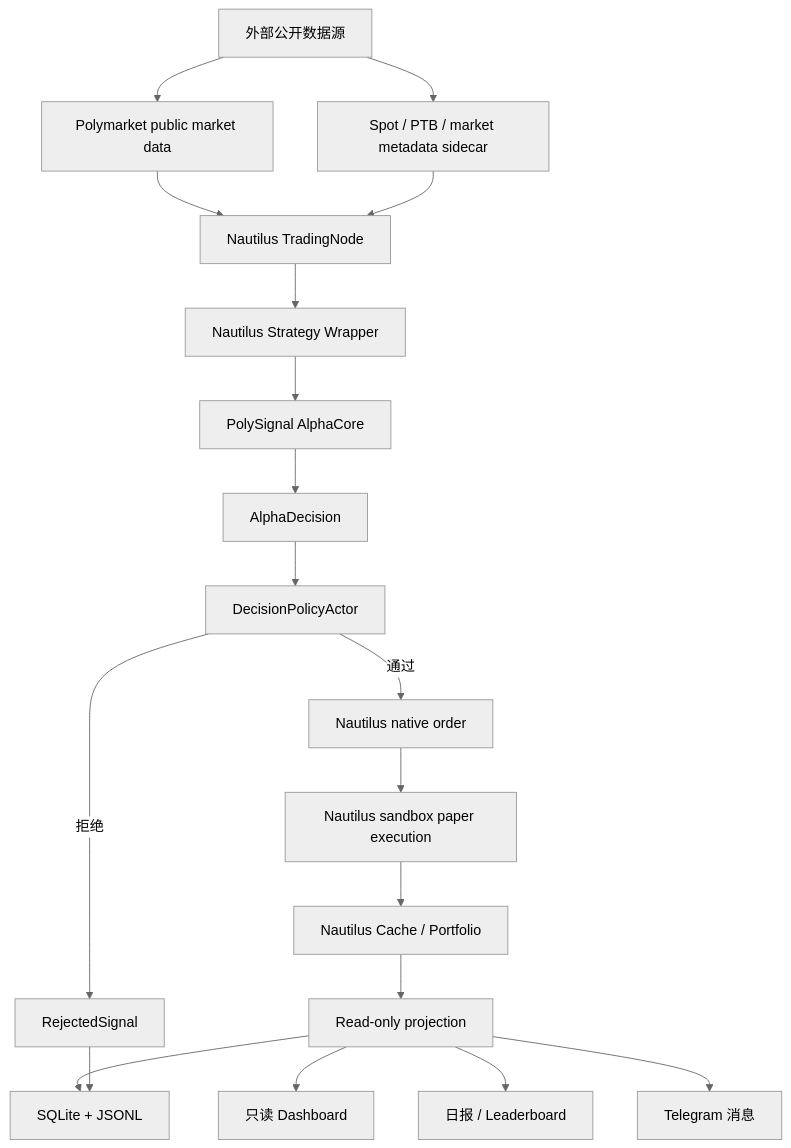
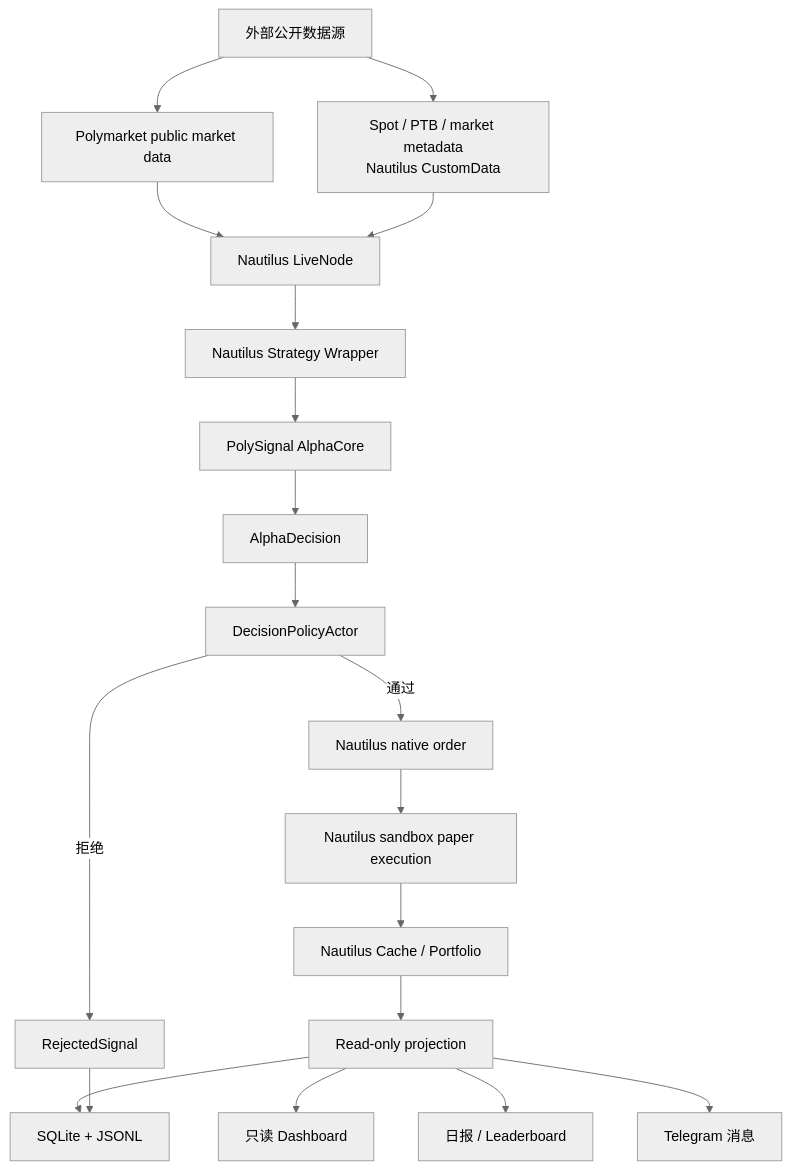
The fourth of 7 diagrams in docs/PROJECT_ARCHITECTURE_VISUAL.md (6Kmfi6HP/polysignal-lab), drawn with Mermaid (neutral theme) before and after one commit. The commit also changed other lines of this file and 5 other files, not shown here.

````diff
--- a/docs/PROJECT_ARCHITECTURE_VISUAL.md
+++ b/docs/PROJECT_ARCHITECTURE_VISUAL.md
@@ -100,26 +100,26 @@
 ```mermaid
 flowchart TD
   External["外部公开数据源"] --> PM["Polymarket public market data"]
-  External --> Spot["Spot / PTB / market metadata sidecar"]
+  External --> CustomData["Spot / PTB / market metadata<br/>Nautilus CustomData"]
 
-  PM --> TN["Nautilus TradingNode"]
-  Spot --> TN
+  PM --> TN["Nautilus LiveNode"]
+  CustomData --> TN
 
   TN --> Wrapper["Nautilus Strategy Wrapper"]
   Wrapper --> Core["PolySignal AlphaCore"]
   Core --> Decision["AlphaDecision"]
   Decision --> Policy["DecisionPolicyActor"]
 
   Policy -->|通过| Order["Nautilus native order"]
   Policy -->|拒绝| Rejected["RejectedSignal"]
 
   Order --> Sandbox["Nautilus sandbox paper execution"]
   Sandbox --> Cache["Nautilus Cache / Portfolio"]
   Cache --> Projection["Read-only projection"]
 
   Projection --> Audit["SQLite + JSONL"]
   Rejected --> Audit
   Projection --> Dashboard["只读 Dashboard"]
   Projection --> Report["日报 / Leaderboard"]
   Projection --> Telegram["Telegram 消息"]
 ```
````
